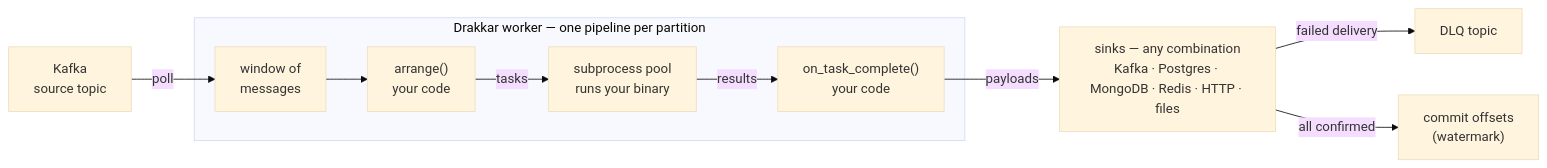
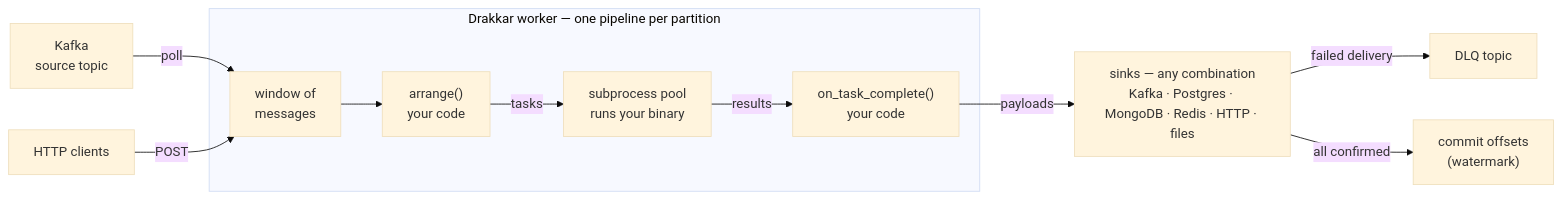
Before and after one commit to wlame/drakkar: the diagram in README.md, drawn with Mermaid (base theme). The commit also changed other lines of this file and 126 other files, not shown here.

````diff
--- a/README.md
+++ b/README.md
@@ -9,12 +9,13 @@
 ```mermaid
 flowchart LR
     K["Kafka<br>source topic"] -- "poll" --> W
+    H["HTTP clients"] -- "POST" --> W
     subgraph worker ["Drakkar worker — one pipeline per partition"]
         W["window of<br>messages"] --> A["arrange()<br>your code"]
         A -- "tasks" --> P["subprocess pool<br>runs your binary"]
         P -- "results" --> T["on_task_complete()<br>your code"]
     end
     T -- "payloads" --> S["sinks — any combination<br>Kafka · Postgres · MongoDB · Redis · HTTP · files"]
     S -- "failed delivery" --> DLQ["DLQ topic"]
     S -- "all confirmed" --> CO["commit offsets<br>(watermark)"]
 ```
````
